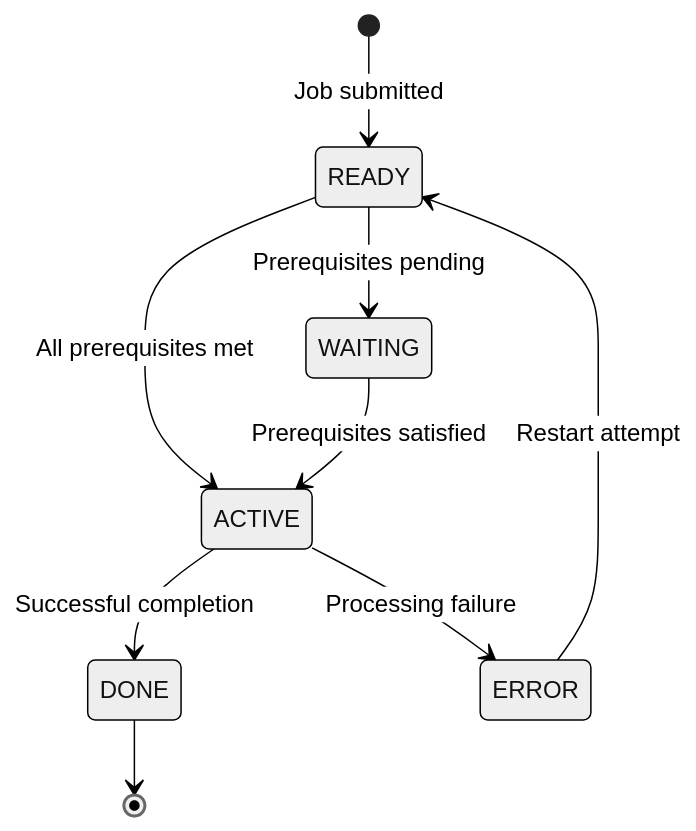
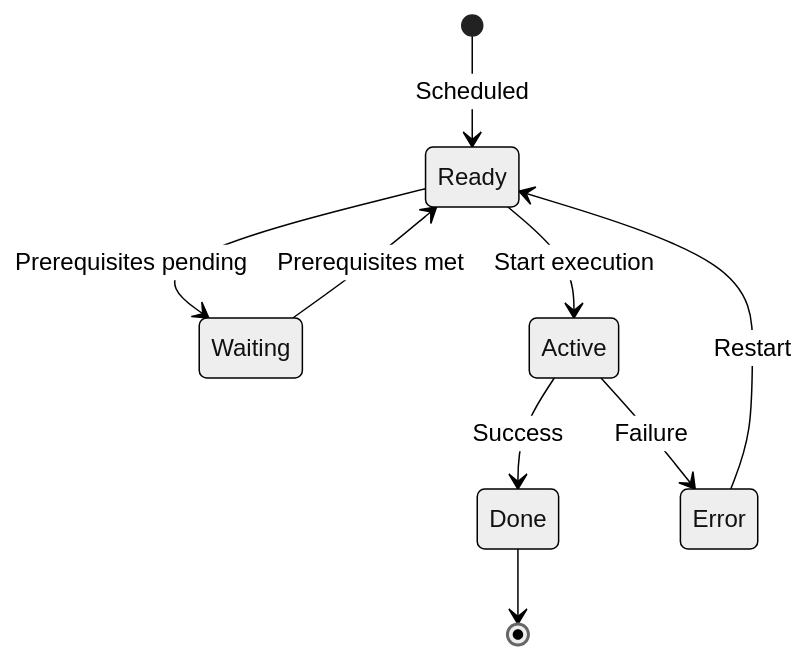
One commit to haladir-com/legacy-benchmark-docs-vb70e1 changed the first of 2 diagrams in docs/copybooks/BCHCON.mdx. Above: the diagram before and after it, drawn with Mermaid (neutral theme). The commit also changed other lines of this file and 64 other files, not shown here.

````diff
--- a/docs/copybooks/BCHCON.mdx
+++ b/docs/copybooks/BCHCON.mdx
@@ -209,11 +44,11 @@
 ```mermaid
 stateDiagram-v2
-    [*] --> READY: Job submitted
-    READY --> WAITING: Prerequisites pending
-    READY --> ACTIVE: All prerequisites met
-    WAITING --> ACTIVE: Prerequisites satisfied
-    ACTIVE --> DONE: Successful completion
-    ACTIVE --> ERROR: Processing failure
-    ERROR --> READY: Restart attempt
-    DONE --> [*]
+    [*] --> Ready: Scheduled
+    Ready --> Waiting: Prerequisites pending
+    Ready --> Active: Start execution
+    Waiting --> Ready: Prerequisites met
+    Active --> Done: Success
+    Active --> Error: Failure
+    Done --> [*]
+    Error --> Ready: Restart
 ```
````
